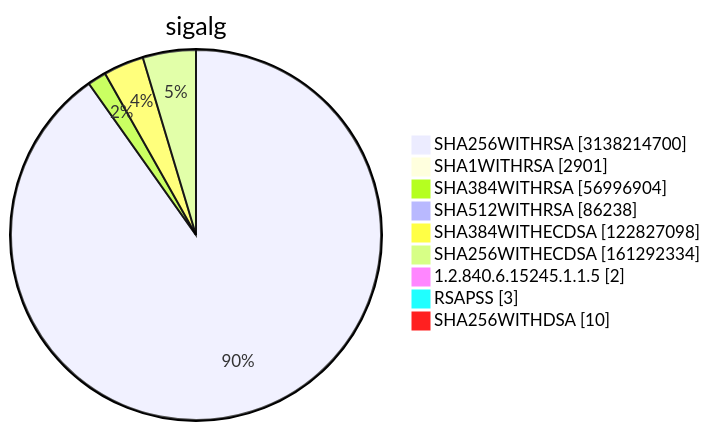
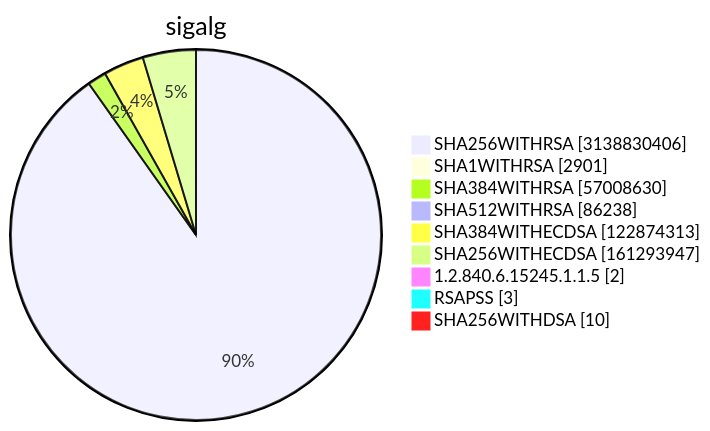
One commit to christiankrug/ctmonitor_visualization changed diagram 15 of 15 in TOTAL/README.md. Above: the diagram before and after it, drawn with Mermaid. The commit also changed other lines of this file, not shown here.

````diff
--- a/TOTAL/README.md
+++ b/TOTAL/README.md
@@ -6212,13 +6212,13 @@
 ```mermaid
 pie showData
 title sigalg
-"SHA256WITHRSA" :3138214700
+"SHA256WITHRSA" :3138830406
 "SHA1WITHRSA" :2901
-"SHA384WITHRSA" :56996904
+"SHA384WITHRSA" :57008630
 "SHA512WITHRSA" :86238
-"SHA384WITHECDSA" :122827098
-"SHA256WITHECDSA" :161292334
+"SHA384WITHECDSA" :122874313
+"SHA256WITHECDSA" :161293947
 "1.2.840.6.15245.1.1.5" :2
 "RSAPSS" :3
 "SHA256WITHDSA" :10
 ```
````
